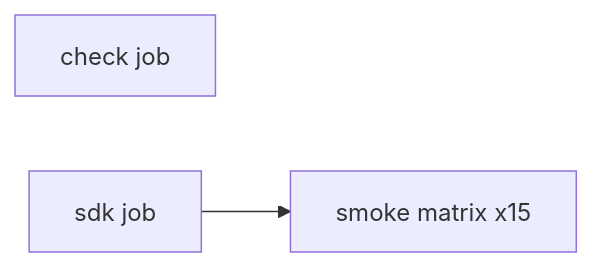
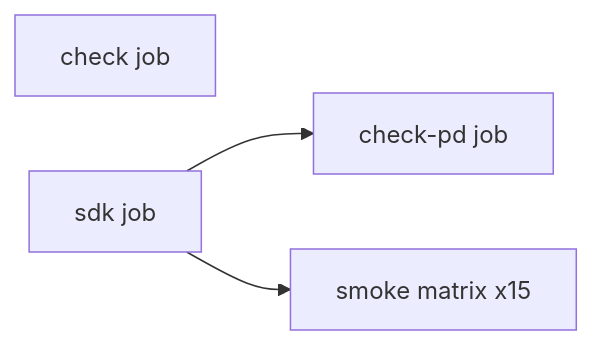
Before and after one commit to julerex/lerux: the diagram in docs/ci.md, drawn with Mermaid. The commit also changed other lines of this file and 18 other files, not shown here.

````diff
--- a/docs/ci.md
+++ b/docs/ci.md
@@ -11,7 +12,9 @@
 ```mermaid
 flowchart LR
   check[check job]
   sdk[sdk job]
+  checkPd[check-pd job]
   smoke[smoke matrix x15]
+  sdk --> checkPd
   sdk --> smoke
 ```
````
